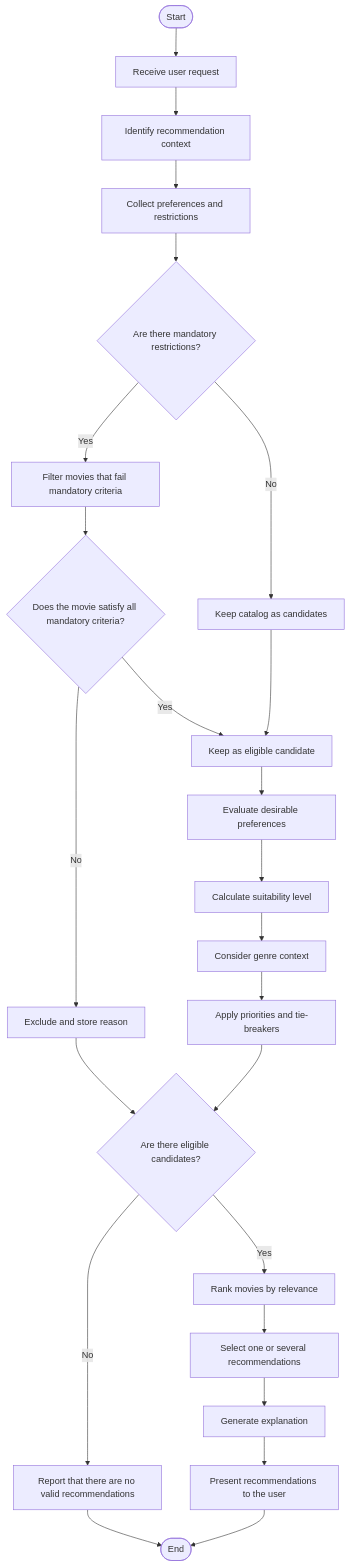
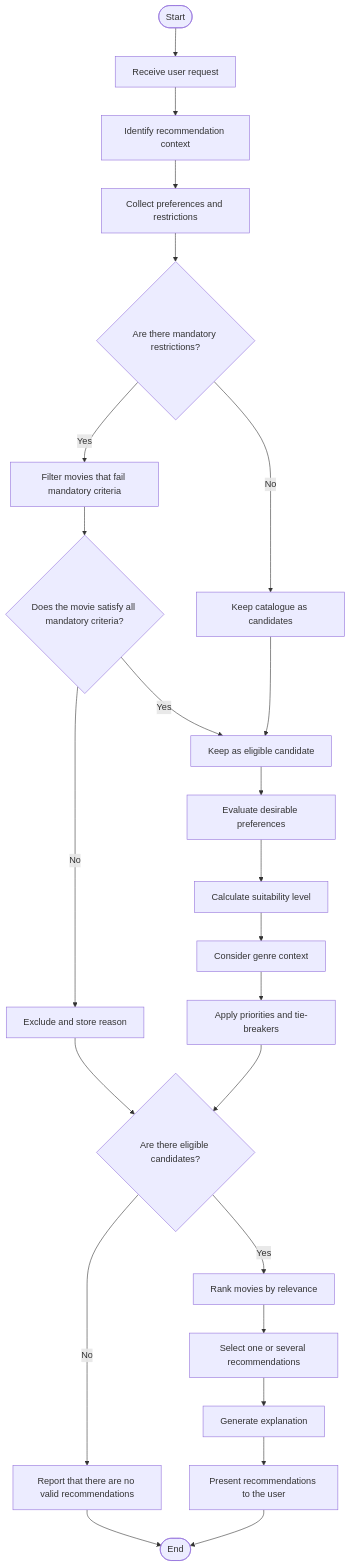
The first of 2 diagrams in docs/expert-decisions-flowchart.md (MEIA-Playgorithm/challenge-one), drawn with Mermaid before and after one commit. The commit also changed other lines of this file and 7 other files, not shown here.

````diff
--- a/docs/expert-decisions-flowchart.md
+++ b/docs/expert-decisions-flowchart.md
@@ -18,32 +18,32 @@
 ```mermaid
 flowchart TD
     A([Start]) --> B[Receive user request]
     B --> C[Identify recommendation context]
     C --> D[Collect preferences and restrictions]
 
     D --> E{Are there mandatory restrictions?}
     E -- Yes --> F[Filter movies that fail mandatory criteria]
-    E -- No --> G[Keep catalog as candidates]
+    E -- No --> G[Keep catalogue as candidates]
 
     F --> H{Does the movie satisfy all mandatory criteria?}
     H -- No --> I[Exclude and store reason]
     H -- Yes --> J[Keep as eligible candidate]
     G --> J
 
     J --> K[Evaluate desirable preferences]
     K --> L[Calculate suitability level]
     L --> M[Consider genre context]
     M --> N[Apply priorities and tie-breakers]
 
     N --> O{Are there eligible candidates?}
     O -- No --> P[Report that there are no valid recommendations]
     O -- Yes --> Q[Rank movies by relevance]
 
     Q --> R[Select one or several recommendations]
     R --> S[Generate explanation]
     S --> T[Present recommendations to the user]
 
     I --> O
     P --> U([End])
     T --> U
 ```
````
